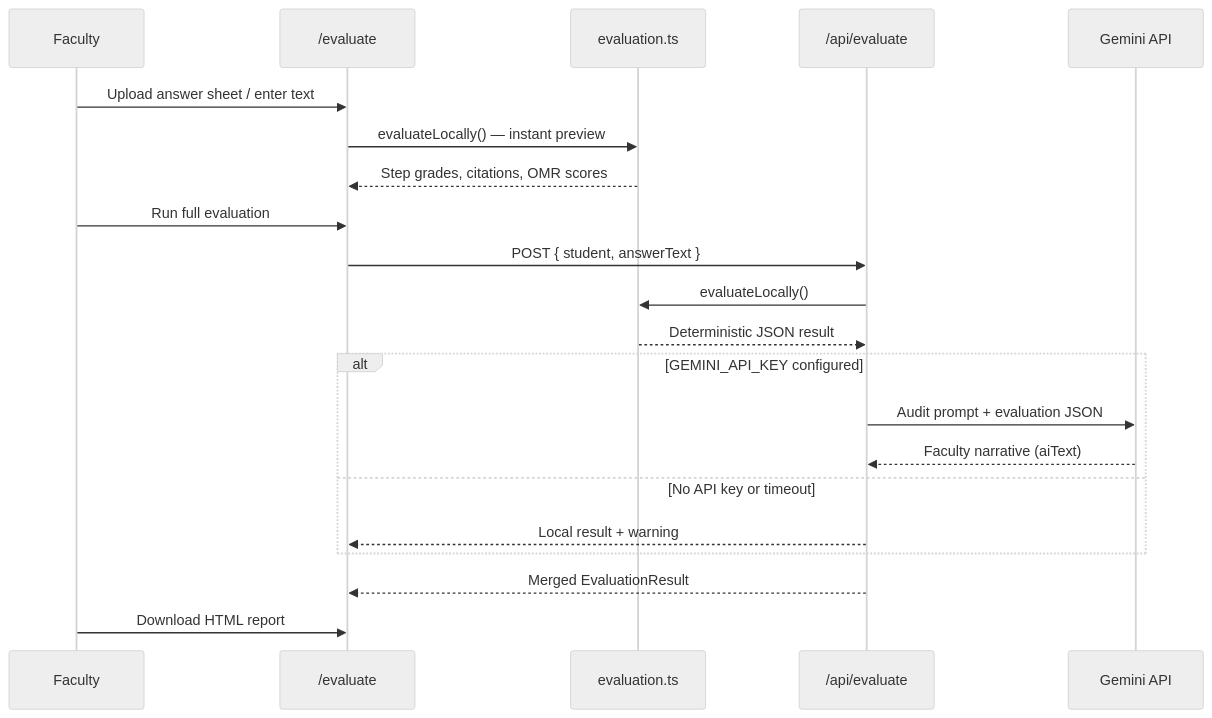
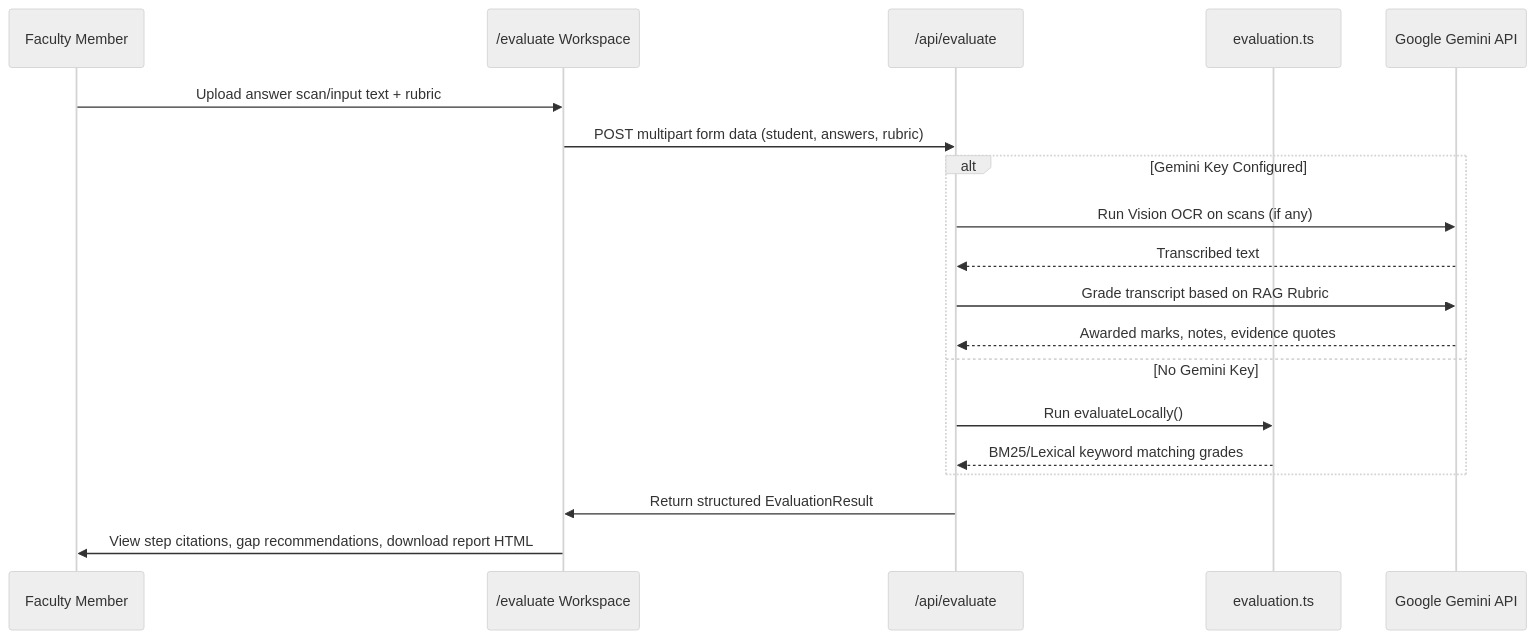
The second of 2 diagrams in README.md (DevSars24/PrepForge), drawn with Mermaid (neutral theme) before and after one commit. The commit also changed other lines of this file and 41 other files, not shown here.

Commit message:
Clean up codebase: remove legacy blogs, sessions, Clerk auth, and add evaluation history local storage fallback

````diff
--- a/README.md
+++ b/README.md
@@ -107,27 +83,24 @@
 ```mermaid
 sequenceDiagram
-    participant Faculty
-    participant Console as /evaluate
+    participant Faculty as Faculty Member
+    participant Console as /evaluate Workspace
+    participant API as /api/evaluate
     participant Local as evaluation.ts
-    participant API as /api/evaluate
-    participant Gemini as Gemini API
+    participant Gemini as Google Gemini API
 
-    Faculty->>Console: Upload answer sheet / enter text
-    Console->>Local: evaluateLocally() — instant preview
-    Local-->>Console: Step grades, citations, OMR scores
-
-    Faculty->>Console: Run full evaluation
-    Console->>API: POST { student, answerText }
-    API->>Local: evaluateLocally()
-    Local-->>API: Deterministic JSON result
-
-    alt GEMINI_API_KEY configured
-        API->>Gemini: Audit prompt + evaluation JSON
-        Gemini-->>API: Faculty narrative (aiText)
-    else No API key or timeout
-        API-->>Console: Local result + warning
+    Faculty->>Console: Upload answer scan/input text + rubric
+    Console->>API: POST multipart form data (student, answers, rubric)
+    
+    alt Gemini Key Configured
+        API->>Gemini: Run Vision OCR on scans (if any)
+        Gemini-->>API: Transcribed text
+        API->>Gemini: Grade transcript based on RAG Rubric
+        Gemini-->>API: Awarded marks, notes, evidence quotes
+    else No Gemini Key
+        API->>Local: Run evaluateLocally()
+        Local-->>API: BM25/Lexical keyword matching grades
     end
 
-    API-->>Console: Merged EvaluationResult
-    Faculty->>Console: Download HTML report
+    API->>Console: Return structured EvaluationResult
+    Console->>Faculty: View step citations, gap recommendations, download report HTML
 ```
````
